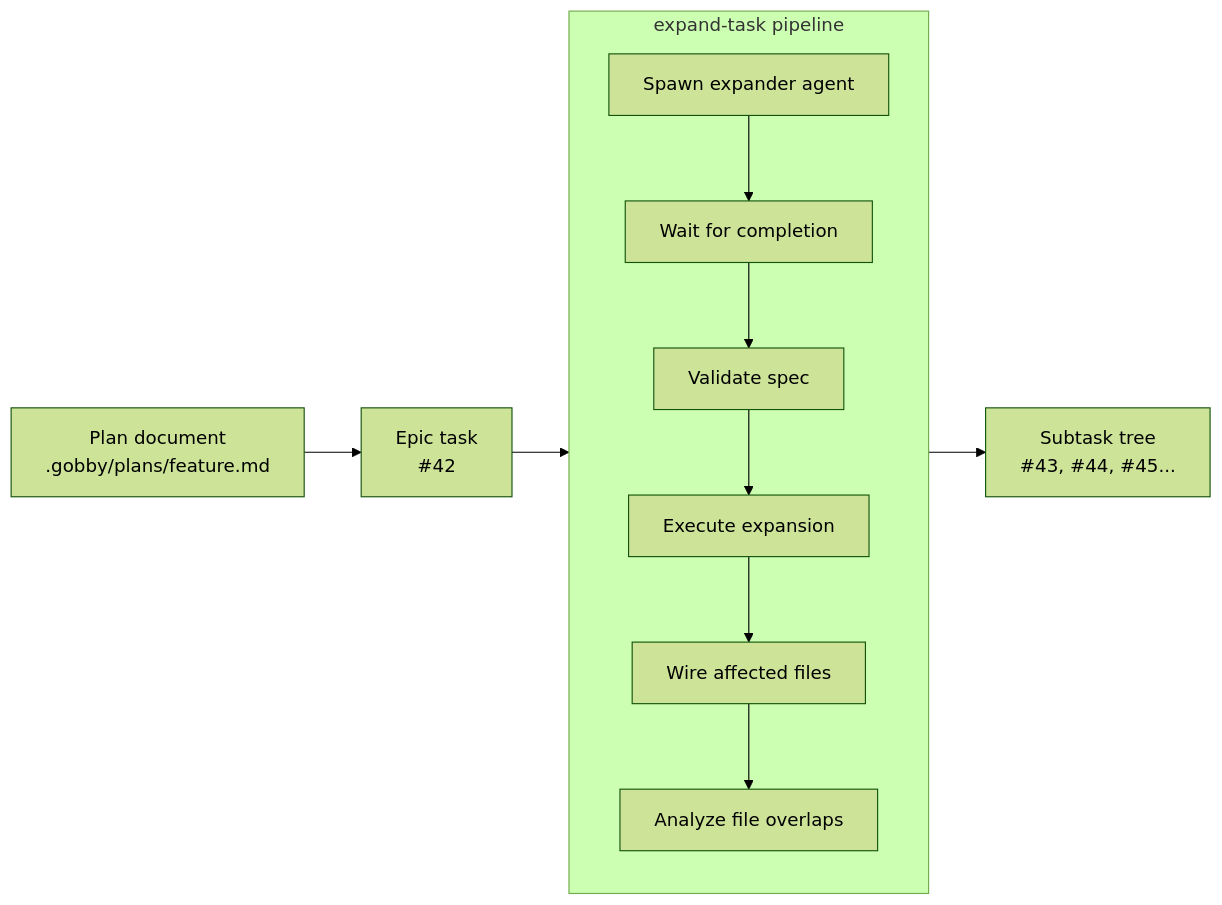
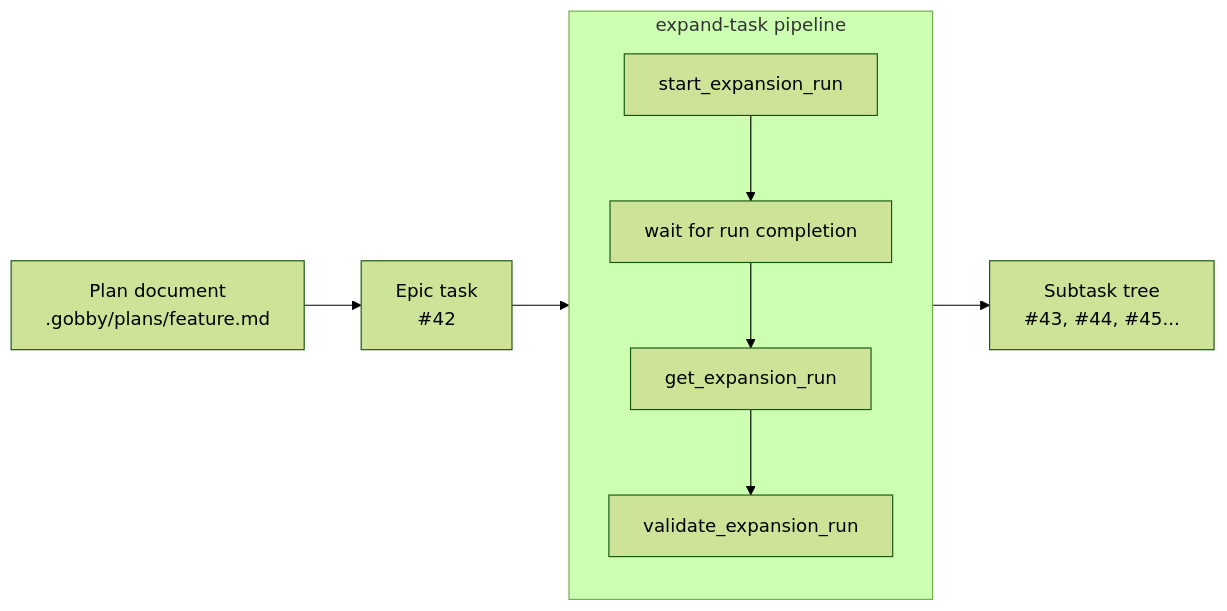
Before and after one commit to GobbyAI/gobby: the first of 2 diagrams in docs/guides/task-expansion.md, drawn with Mermaid (forest theme). The commit also changed other lines of this file and 8 other files, not shown here.

````diff
--- a/docs/guides/task-expansion.md
+++ b/docs/guides/task-expansion.md
@@ -13,15 +13,13 @@
 ```mermaid
 flowchart LR
     PLAN["Plan document<br/>.gobby/plans/feature.md"] --> EPIC["Epic task<br/>#42"]
     EPIC --> PIPELINE["expand-task pipeline"]
 
     subgraph PIPELINE["expand-task pipeline"]
-        SPAWN["Spawn expander agent"] --> WAIT["Wait for completion"]
-        WAIT --> VALIDATE["Validate spec"]
-        VALIDATE --> EXECUTE["Execute expansion"]
-        EXECUTE --> WIRE["Wire affected files"]
-        WIRE --> DEPS["Analyze file overlaps"]
+        START["start_expansion_run"] --> WAIT["wait for run completion"]
+        WAIT --> LOAD["get_expansion_run"]
+        LOAD --> VALIDATE["validate_expansion_run"]
     end
 
     PIPELINE --> TREE["Subtask tree<br/>#43, #44, #45..."]
 ```
````
